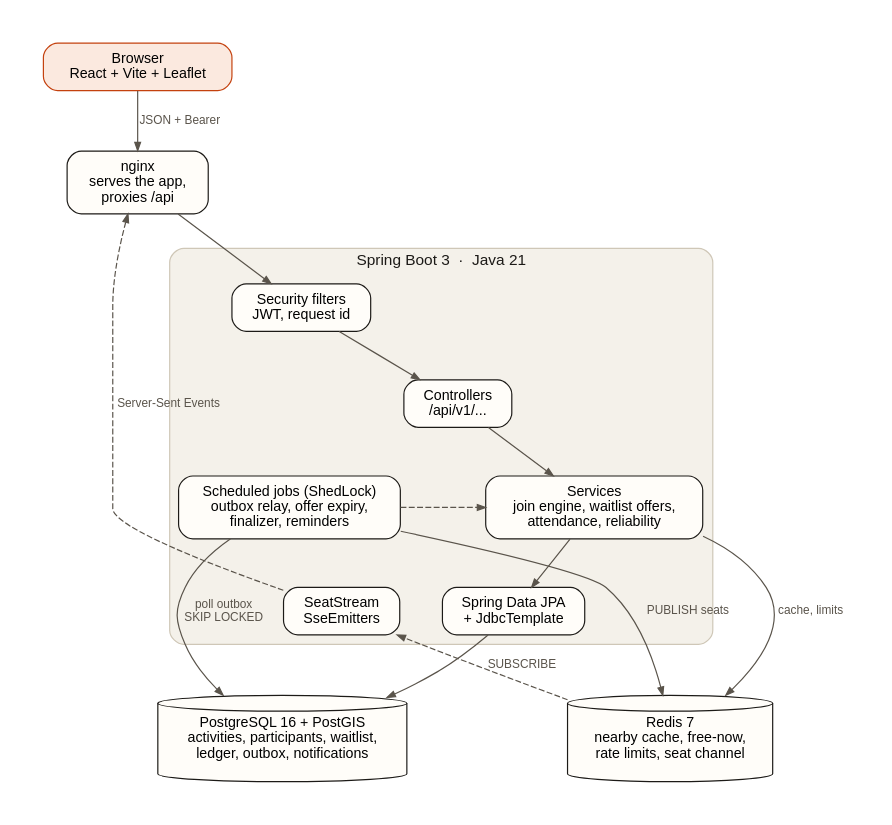
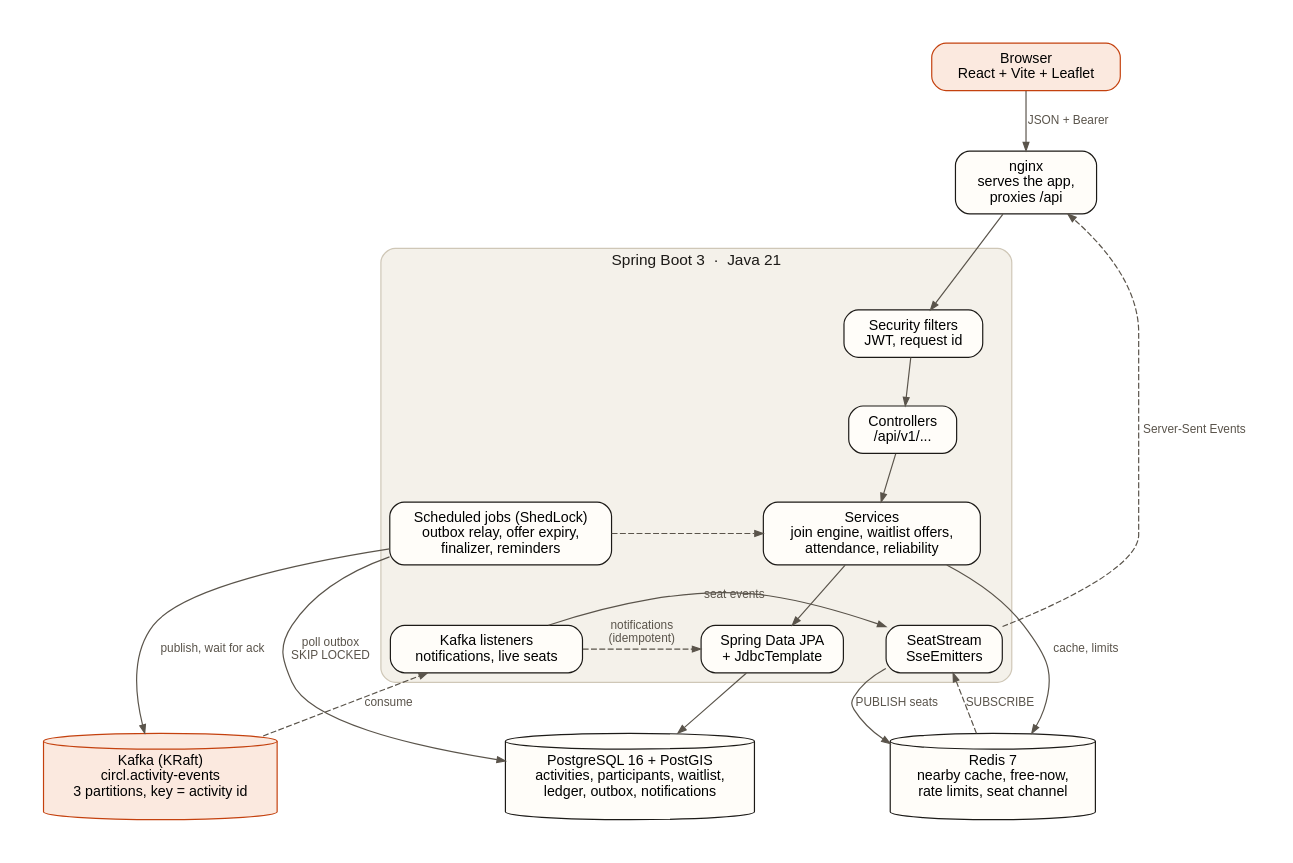
The diagram in docs/diagrams/architecture.dot (Darshan-dev57/Circl), drawn with Graphviz before and after one commit. The commit also changed 5 other files, not shown here.

Commit message:
draw kafka in the architecture and live seat diagrams

```diff
--- a/docs/diagrams/architecture.dot
+++ b/docs/diagrams/architecture.dot
@@ -1,36 +1,42 @@
 digraph circl {
     graph [rankdir=TB, fontname="Helvetica", fontsize=13, bgcolor="white", pad=0.4, nodesep=0.5, ranksep=0.55, newrank=true];
     node  [shape=box, style="rounded,filled", fillcolor="#fffdf9", color="#1c1a17", fontname="Helvetica", fontsize=12, margin="0.18,0.10"];
     edge  [color="#5a544b", fontname="Helvetica", fontsize=10, fontcolor="#5a544b", arrowsize=0.7];
 
     browser [label="Browser\nReact + Vite + Leaflet", fillcolor="#fbe9df", color="#c4410e"];
     proxy   [label="nginx\nserves the app,\nproxies /api"];
 
     subgraph cluster_app {
         label="Spring Boot 3  ·  Java 21"; style="rounded,filled"; fillcolor="#f4f1ea"; color="#cfc7b7"; fontcolor="#1c1a17";
         security    [label="Security filters\nJWT, request id"];
         controllers [label="Controllers\n/api/v1/..."];
         services    [label="Services\njoin engine, waitlist offers,\nattendance, reliability"];
         data        [label="Spring Data JPA\n+ JdbcTemplate"];
         jobs        [label="Scheduled jobs (ShedLock)\noutbox relay, offer expiry,\nfinalizer, reminders"];
+        listeners   [label="Kafka listeners\nnotifications, live seats"];
         sse         [label="SeatStream\nSseEmitters"];
         security -> controllers -> services -> data;
         jobs -> services [style=dashed];
         {rank=same; services; jobs;}
-        {rank=same; data; sse;}
+        listeners -> sse [label="seat events"];
+        {rank=same; data; listeners; sse;}
     }
 
     pg    [label="PostgreSQL 16 + PostGIS\nactivities, participants, waitlist,\nledger, outbox, notifications", shape=cylinder];
+    kafka [label="Kafka (KRaft)\ncircl.activity-events\n3 partitions, key = activity id", shape=cylinder, fillcolor="#fbe9df", color="#c4410e"];
     redis [label="Redis 7\nnearby cache, free-now,\nrate limits, seat channel", shape=cylinder];
 
     browser -> proxy [label="JSON + Bearer"];
     proxy -> security;
     sse -> proxy [label="Server-Sent Events", style=dashed];
     data -> pg;
     jobs -> pg [label="poll outbox\nSKIP LOCKED"];
     services -> redis [label="cache, limits"];
-    jobs -> redis [label="PUBLISH seats"];
+    jobs -> kafka [label="publish, wait for ack"];
+    kafka -> listeners [label="consume", style=dashed];
+    listeners -> data [label="notifications\n(idempotent)", style=dashed];
+    sse -> redis [label="PUBLISH seats"];
     redis -> sse [label="SUBSCRIBE", style=dashed];
 
-    {rank=same; pg; redis;}
+    {rank=same; pg; kafka; redis;}
 }
```
